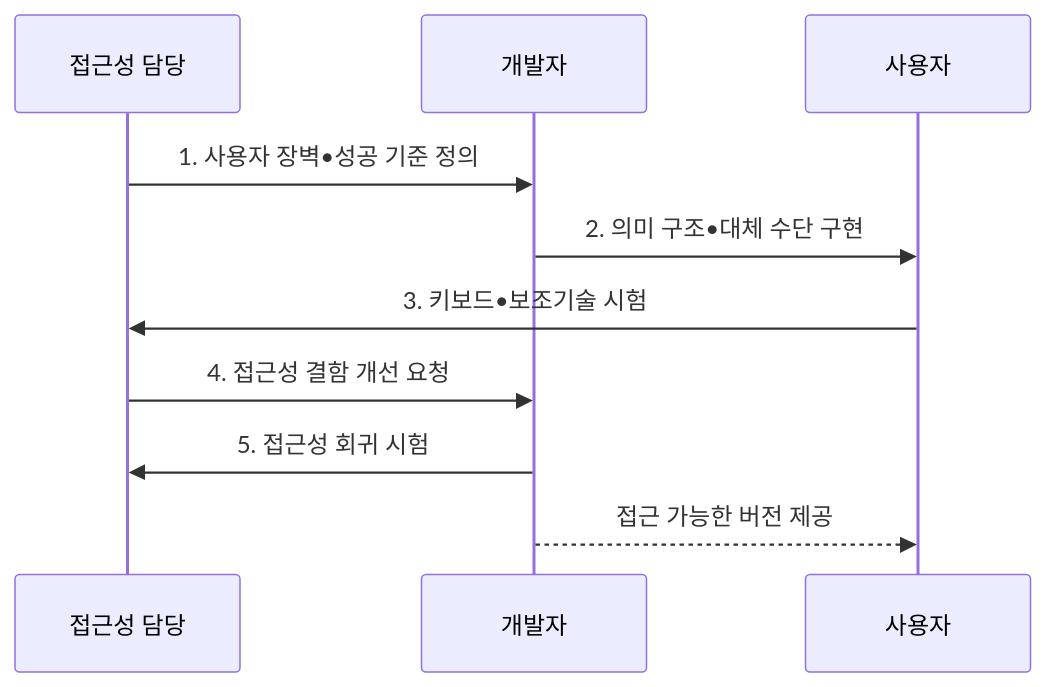
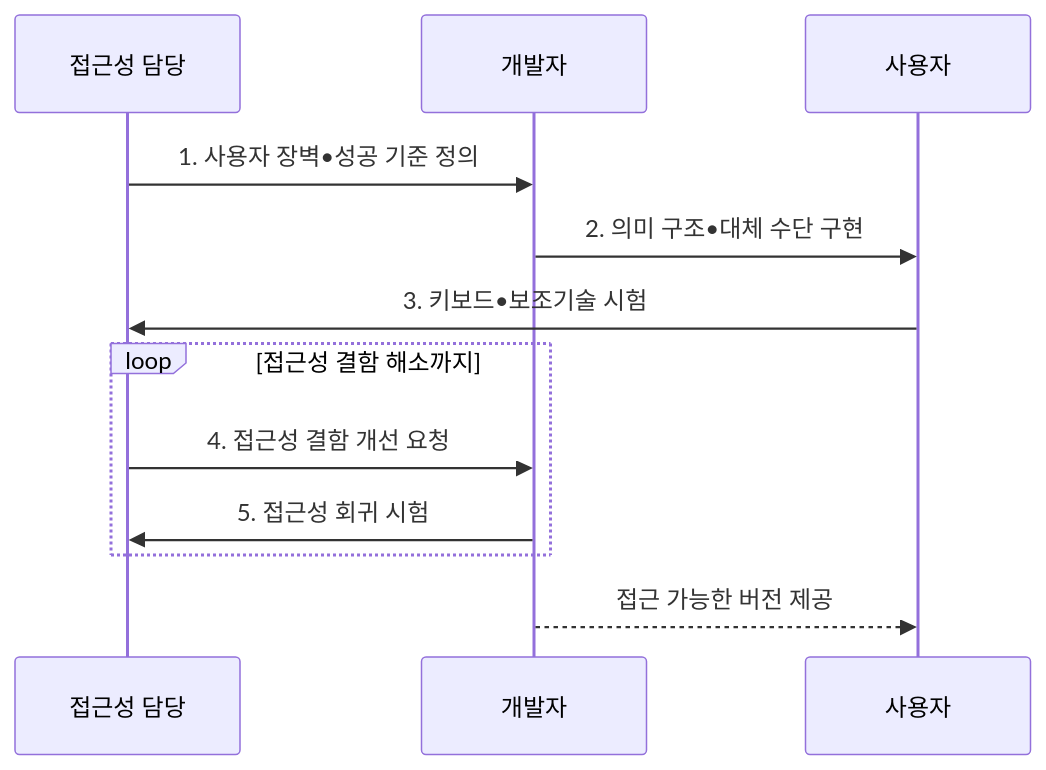
One commit to agnusdei1207/knowledge-base changed the second of 2 diagrams in src/content/docs/notes/07-law-policy/013_digital_accessibility_wcag.md. Above: the diagram before and after it, drawn with Mermaid. The commit also changed other lines of this file and 18 other files, not shown here.

````diff
--- a/src/content/docs/notes/07-law-policy/013_digital_accessibility_wcag.md
+++ b/src/content/docs/notes/07-law-policy/013_digital_accessibility_wcag.md
@@ -106,12 +106,14 @@
 ```mermaid
 sequenceDiagram
     participant A as 접근성 담당
     participant D as 개발자
     participant U as 사용자
     A->>D: 1. 사용자 장벽•성공 기준 정의
     D->>U: 2. 의미 구조•대체 수단 구현
     U->>A: 3. 키보드•보조기술 시험
-    A->>D: 4. 접근성 결함 개선 요청
-    D->>A: 5. 접근성 회귀 시험
+    loop 접근성 결함 해소까지
+        A->>D: 4. 접근성 결함 개선 요청
+        D->>A: 5. 접근성 회귀 시험
+    end
     D-->>U: 접근 가능한 버전 제공
 ```
````
